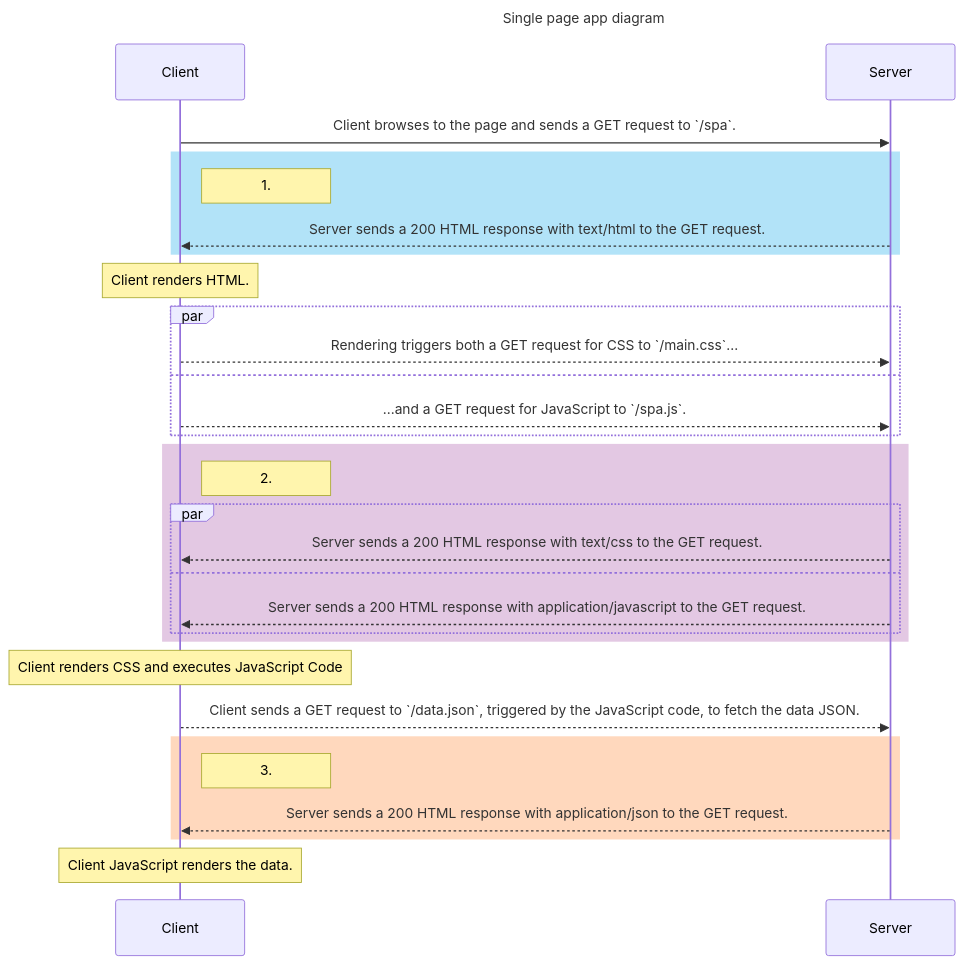
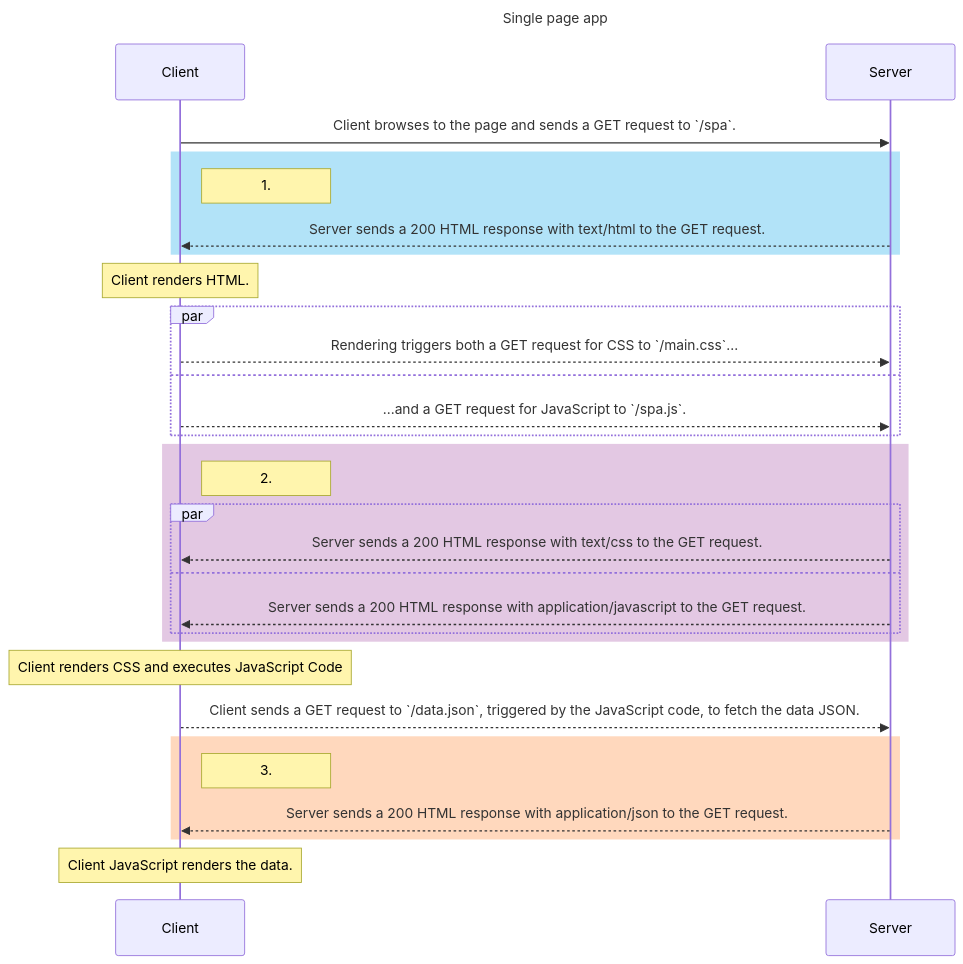
One commit to degenone/FSO-part0 changed the diagram in spa_diagram.md. Above: the diagram before and after it, drawn with Mermaid. The commit also changed 2 other files, not shown here.

Commit message:
done 0.6 and updated titles on all

````diff
--- a/spa_diagram.md
+++ b/spa_diagram.md
@@ -8,34 +8,34 @@
 ```mermaid
 ---
-title: Single page app diagram
+title: Single page app
 ---
 sequenceDiagram
     participant Client
     participant Server
     Client->>Server: Client browses to the page and sends a GET request to `/spa`.
     rect rgba(0, 162, 232, 0.3)
     note right of Client: 1.
     Server-->>Client: Server sends a 200 HTML response with text/html to the GET request.
     end
     note over Client: Client renders HTML.
     par
     Client-->>Server: Rendering triggers both a GET request for CSS to `/main.css`...
     and
     Client-->>Server: ...and a GET request for JavaScript to `/spa.js`.
     end
     rect rgba(163, 73, 164, 0.3)
     note right of Client: 2.
     par
     Server-->>Client: Server sends a 200 HTML response with text/css to the GET request.
     and
     Server-->>Client: Server sends a 200 HTML response with application/javascript to the GET request.
     end
     end
     note over Client: Client renders CSS and executes JavaScript Code
     Client-->>Server: Client sends a GET request to `/data.json`, triggered by the JavaScript code, to fetch the data JSON.
     rect rgba(255, 127, 39, 0.3)
     note right of Client: 3.
     Server-->>Client: Server sends a 200 HTML response with application/json to the GET request.
     end
     note over Client: Client JavaScript renders the data.
 ```
````
